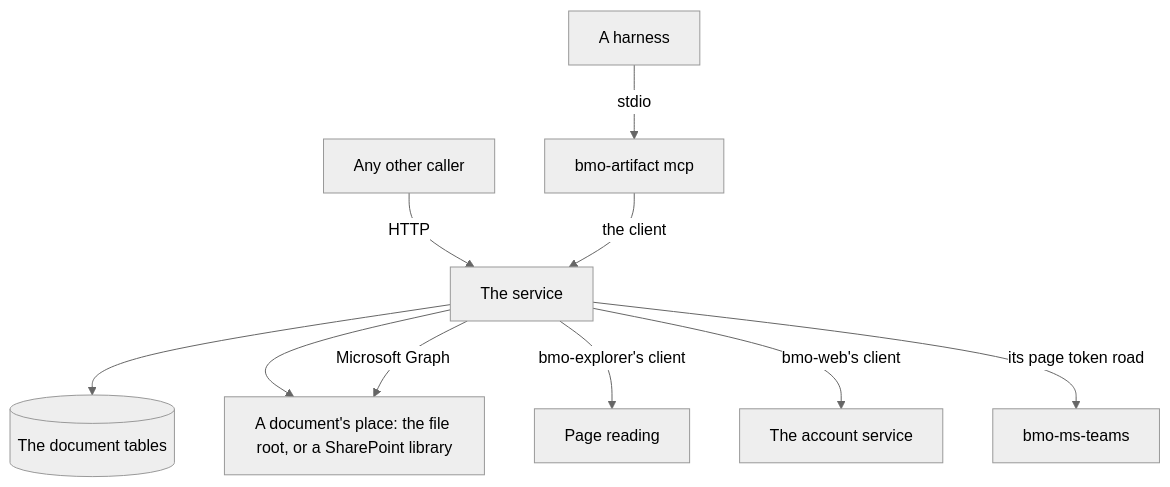
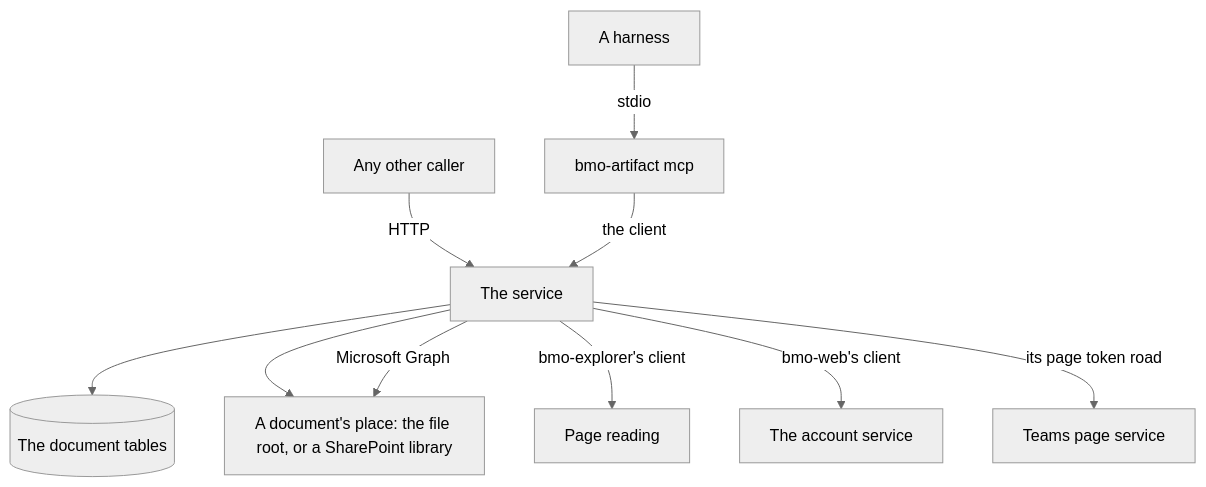
Before and after one commit to ahas/bmo-artifact: the first of 2 diagrams in docs/api.md, drawn with Mermaid (neutral theme). The commit also changed other lines of this file and 4 other files, not shown here.

Commit message:
Name the Teams page token road's provider neutrally

````diff
--- a/docs/api.md
+++ b/docs/api.md
@@ -11,12 +11,12 @@
 ```mermaid
 flowchart TD
   H[A harness] -->|stdio| M[bmo-artifact mcp]
   C[Any other caller] -->|HTTP| S[The service]
   M -->|the client| S
   S --> D[(The document tables)]
   S --> F[A document's place: the file root, or a SharePoint library]
   S -->|bmo-explorer's client| E[Page reading]
   S -->|bmo-web's client| W[The account service]
-  S -->|its page token road| T[bmo-ms-teams]
+  S -->|its page token road| T[Teams page service]
   S -->|Microsoft Graph| F
 ```
````
